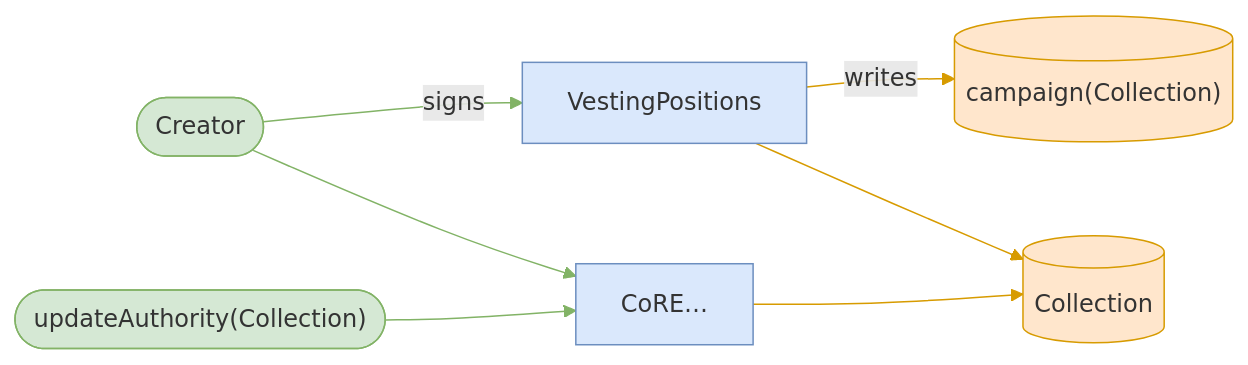
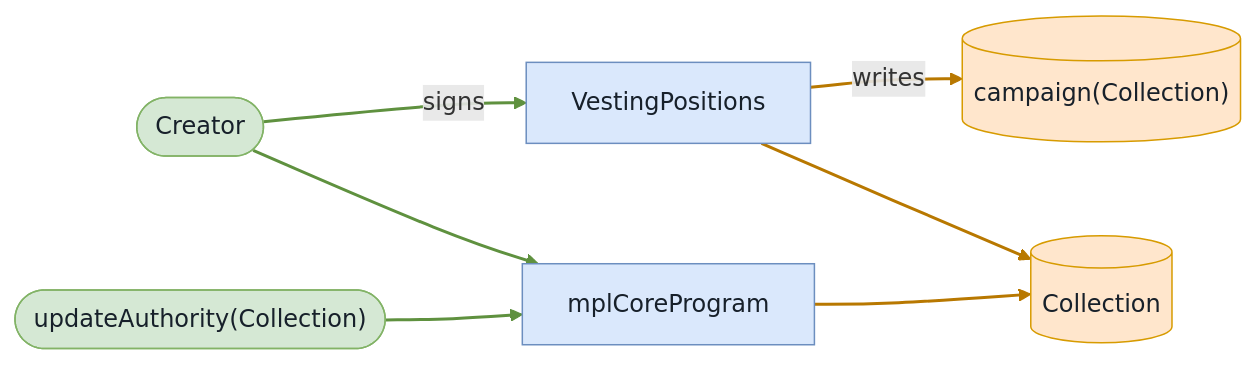
One commit to cds-turbin3/vesting-position changed the eighth of 12 diagrams in babelfish-tests/test-report/collection_freeze_does_not_block_existing_transferable_positions.md. Above: the diagram before and after it, drawn with Mermaid. The commit also changed other lines of this file and 106 other files, not shown here.

````diff
--- a/babelfish-tests/test-report/collection_freeze_does_not_block_existing_transferable_positions.md
+++ b/babelfish-tests/test-report/collection_freeze_does_not_block_existing_transferable_positions.md
@@ -395,20 +393,20 @@
 ```mermaid
 flowchart LR
     VestingPositions["VestingPositions"]:::program
     Creator(["Creator"]):::signer
     campaignCollection[("campaign(Collection)")]:::state
     Collection[("Collection")]:::state
-    CoRE["CoRE…"]:::program
+    mplCoreProgram["mplCoreProgram"]:::program
     updateAuthorityCollection(["updateAuthority(Collection)"]):::signer
     Creator -->|signs| VestingPositions
     VestingPositions -->|writes| campaignCollection
     VestingPositions --> Collection
-    CoRE --> Collection
-    Creator --> CoRE
-    updateAuthorityCollection --> CoRE
-    classDef program fill:#dae8fc,stroke:#6c8ebf;
-    classDef signer fill:#d5e8d4,stroke:#82b366;
-    classDef state fill:#ffe6cc,stroke:#d79b00;
-    linkStyle 0,4,5 stroke:#82b366
-    linkStyle 1,2,3 stroke:#d79b00
+    mplCoreProgram --> Collection
+    Creator --> mplCoreProgram
+    updateAuthorityCollection --> mplCoreProgram
+    classDef program fill:#dae8fc,stroke:#6c8ebf,color:#17202a;
+    classDef signer fill:#d5e8d4,stroke:#82b366,color:#17202a;
+    classDef state fill:#ffe6cc,stroke:#d79b00,color:#17202a;
+    linkStyle 0,4,5 stroke:#5f913f,stroke-width:2px
+    linkStyle 1,2,3 stroke:#b87800,stroke-width:2px
 ```
````
